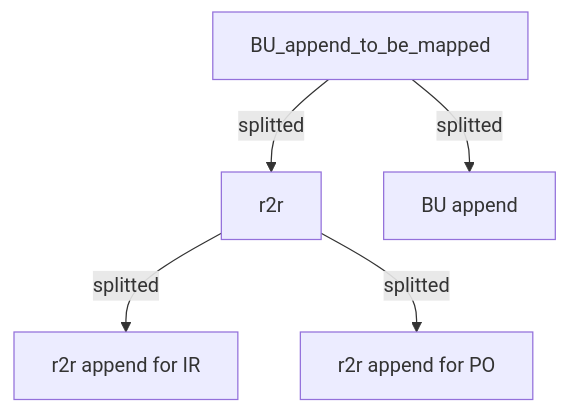
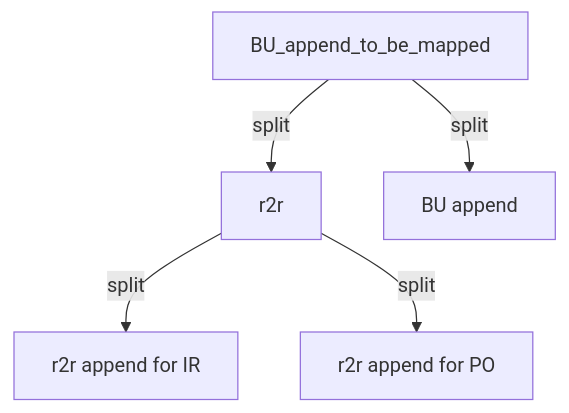
The diagram in dbs/database.eamena/data/README.md (eamena-project/eamena-arches-dev), drawn with Mermaid before and after one commit. The commit also changed 2 other files, not shown here.

````diff
--- a/dbs/database.eamena/data/README.md
+++ b/dbs/database.eamena/data/README.md
@@ -12,12 +12,12 @@
 ```mermaid
 flowchart
-  id3[BU_append_to_be_mapped] -- splitted --> id6[r2r];
-  id6 -- splitted --> id4[r2r append for IR];
-  id6 -- splitted --> id5[r2r append for PO];
-  id3 -- splitted --> id7[BU append];
+  id3[BU_append_to_be_mapped] -- split --> id6[r2r];
+  id6 -- split --> id4[r2r append for IR];
+  id6 -- split --> id5[r2r append for PO];
+  id3 -- split --> id7[BU append];
   
   click id3 "https://github.com/eamena-project/eamena-arches-dev/blob/main/dbs/database.eamena/data/bulk_data/append/bu_append_to_be_mapped.csv" _blank
   click id5 "https://github.com/eamena-project/eamena-arches-dev/blob/main/dbs/database.eamena/data/business_data_relations/res2res_hp_po.relations" _blank
   click id4 "https://github.com/eamena-project/eamena-arches-dev/blob/main/dbs/database.eamena/data/business_data_relations/res2res_hp_ir.relations" _blank
 
 ```
````
